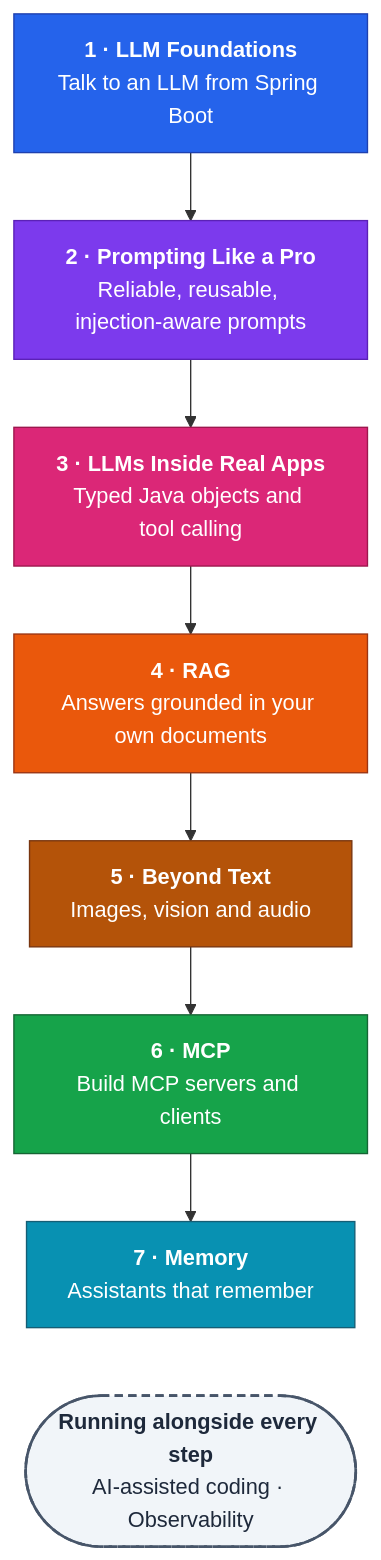
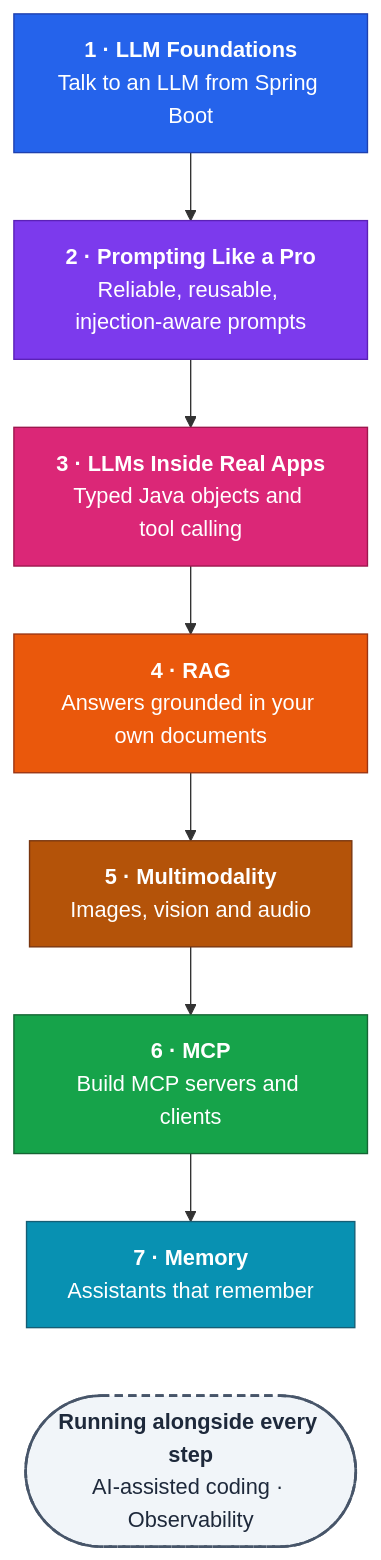
Before and after one commit to dilipsundarraj1/spring-ai: the diagram in COURSE.md, drawn with Mermaid. The commit also changed other lines of this file and 1 other file, not shown here.

Commit message:
update application.yml and COURSE.md; modify inventory server configuration and rename course section from 'Beyond Text' to 'Multimodality'

````diff
--- a/COURSE.md
+++ b/COURSE.md
@@ -9,33 +9,33 @@
 ```mermaid
 flowchart TB
     S1["<b>1 · LLM Foundations</b><br/>Talk to an LLM from Spring Boot"]
     S2["<b>2 · Prompting Like a Pro</b><br/>Reliable, reusable, injection-aware prompts"]
     S3["<b>3 · LLMs Inside Real Apps</b><br/>Typed Java objects and tool calling"]
     S4["<b>4 · RAG</b><br/>Answers grounded in your own documents"]
-    S5["<b>5 · Beyond Text</b><br/>Images, vision and audio"]
+    S5["<b>5 · Multimodality</b><br/>Images, vision and audio"]
     S6["<b>6 · MCP</b><br/>Build MCP servers and clients"]
     S7["<b>7 · Memory</b><br/>Assistants that remember"]
 
     S1 --> S2 --> S3 --> S4 --> S5 --> S6 --> S7
 
     R(["<b>Running alongside every step</b><br/>AI-assisted coding · Observability"])
     S7 ~~~ R
 
     classDef s1 fill:#2563EB,stroke:#1E40AF,color:#FFFFFF
     classDef s2 fill:#7C3AED,stroke:#5B21B6,color:#FFFFFF
     classDef s3 fill:#DB2777,stroke:#9D174D,color:#FFFFFF
     classDef s4 fill:#EA580C,stroke:#9A3412,color:#FFFFFF
     classDef s5 fill:#B45309,stroke:#78350F,color:#FFFFFF
     classDef s6 fill:#16A34A,stroke:#166534,color:#FFFFFF
     classDef s7 fill:#0891B2,stroke:#155E75,color:#FFFFFF
     classDef side fill:#F1F5F9,stroke:#475569,color:#1E293B,stroke-width:2px,stroke-dasharray:6 4
 
     class S1 s1
     class S2 s2
     class S3 s3
     class S4 s4
     class S5 s5
     class S6 s6
     class S7 s7
     class R side
 ```
````
